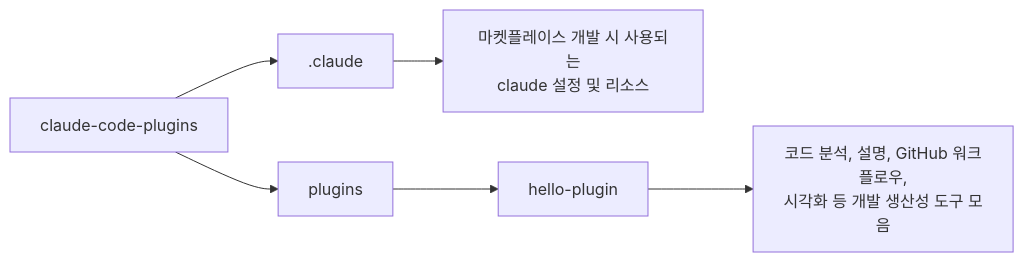
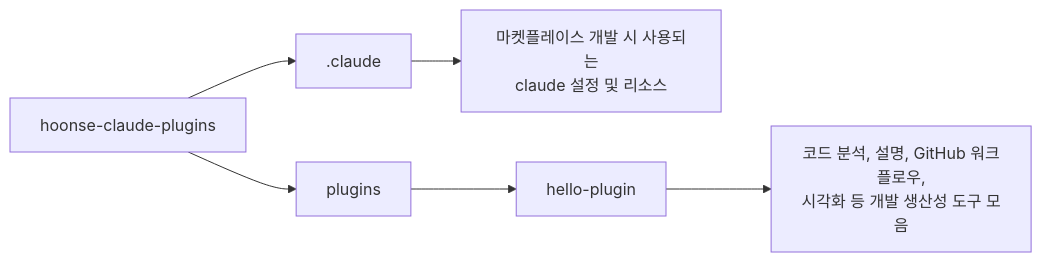
Before and after one commit to iamhoonse-dev/hoonse-claude-plugins: the diagram in README.md, drawn with Mermaid. The commit also changed other lines of this file and 7 other files, not shown here.

First line of the commit message:
refactor: 마켓플레이스 이름을 hoonse-claude-plugins로 변경

````diff
--- a/README.md
+++ b/README.md
@@ -7,8 +7,8 @@
 ```mermaid
 graph LR
-    A[claude-code-plugins] --> B[.claude]
+    A[hoonse-claude-plugins] --> B[.claude]
     B --> B1[마켓플레이스 개발 시 사용되는<br/>claude 설정 및 리소스]
     A --> C[plugins]
     C --> D[hello-plugin]
     D --> D1[코드 분석, 설명, GitHub 워크플로우,<br/>시각화 등 개발 생산성 도구 모음]
 ```
````
